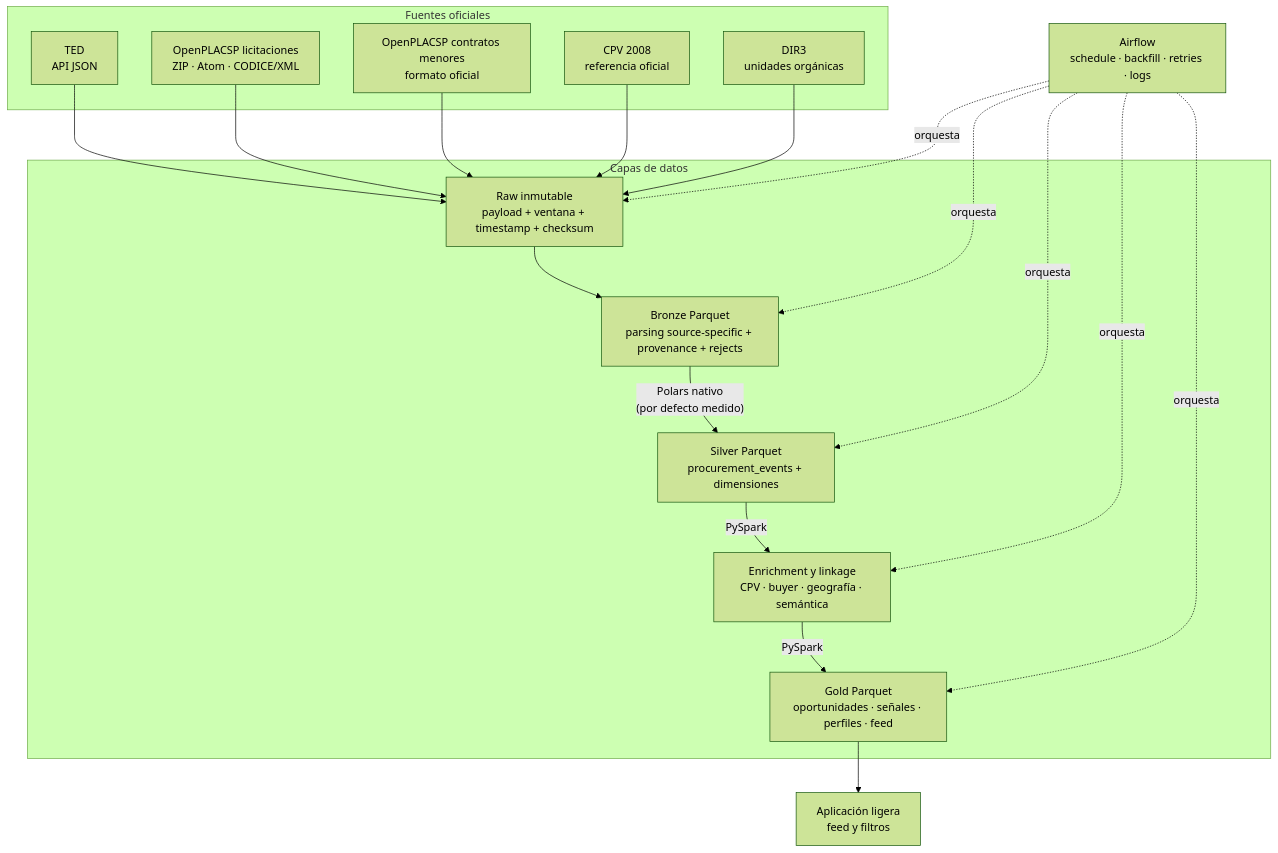
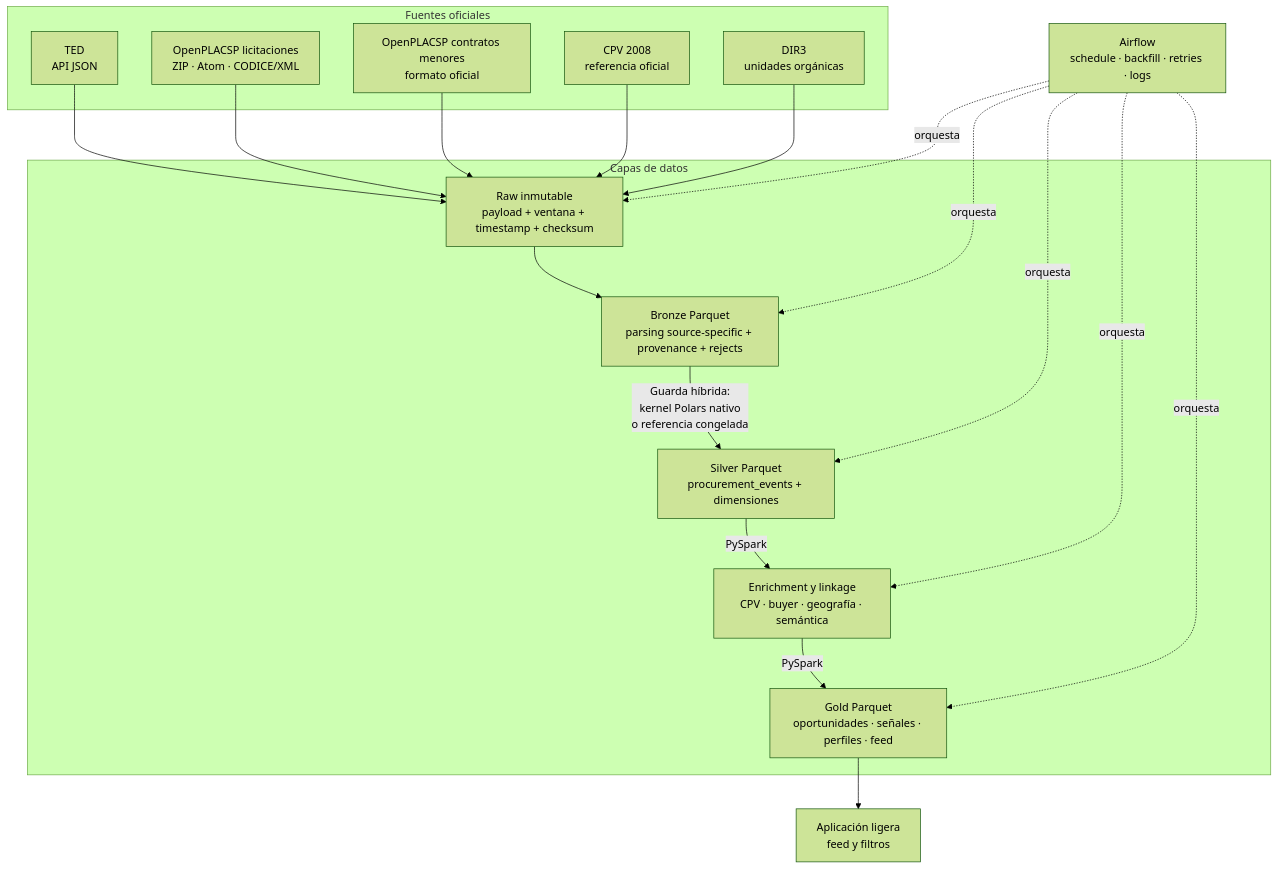
Before and after one commit to tomcrojo/tfm-licitaciones: the second of 2 diagrams in docs/architecture.md, drawn with Mermaid (forest theme). The commit also changed other lines of this file and 4 other files, not shown here.

````diff
--- a/docs/architecture.md
+++ b/docs/architecture.md
@@ -60,36 +60,36 @@
 ```mermaid
 flowchart TB
     subgraph SOURCES["Fuentes oficiales"]
         TED2["TED<br/>API JSON"]
         PLI["OpenPLACSP licitaciones<br/>ZIP · Atom · CODICE/XML"]
         PCM["OpenPLACSP contratos menores<br/>formato oficial"]
         CPV["CPV 2008<br/>referencia oficial"]
         DIR3["DIR3<br/>unidades orgánicas"]
     end
 
     subgraph DATA["Capas de datos"]
         RAW2["Raw inmutable<br/>payload + ventana + timestamp + checksum"]
         BRONZE2["Bronze Parquet<br/>parsing source-specific + provenance + rejects"]
         SILVER2["Silver Parquet<br/>procurement_events + dimensiones"]
         ENRICH["Enrichment y linkage<br/>CPV · buyer · geografía · semántica"]
         GOLD2["Gold Parquet<br/>oportunidades · señales · perfiles · feed"]
     end
 
     TED2 --> RAW2
     PLI --> RAW2
     PCM --> RAW2
     CPV --> RAW2
     DIR3 --> RAW2
     RAW2 --> BRONZE2
-    BRONZE2 -->|"Polars nativo<br/>(por defecto medido)"| SILVER2
+    BRONZE2 -->|"Guarda híbrida:<br/>kernel Polars nativo<br/>o referencia congelada"| SILVER2
     SILVER2 -->|"PySpark"| ENRICH
     ENRICH -->|"PySpark"| GOLD2
 
     AIRFLOW["Airflow<br/>schedule · backfill · retries · logs"] -.->|orquesta| RAW2
     AIRFLOW -.->|orquesta| BRONZE2
     AIRFLOW -.->|orquesta| SILVER2
     AIRFLOW -.->|orquesta| ENRICH
     AIRFLOW -.->|orquesta| GOLD2
 
     GOLD2 --> APP["Aplicación ligera<br/>feed y filtros"]
 ```
````
